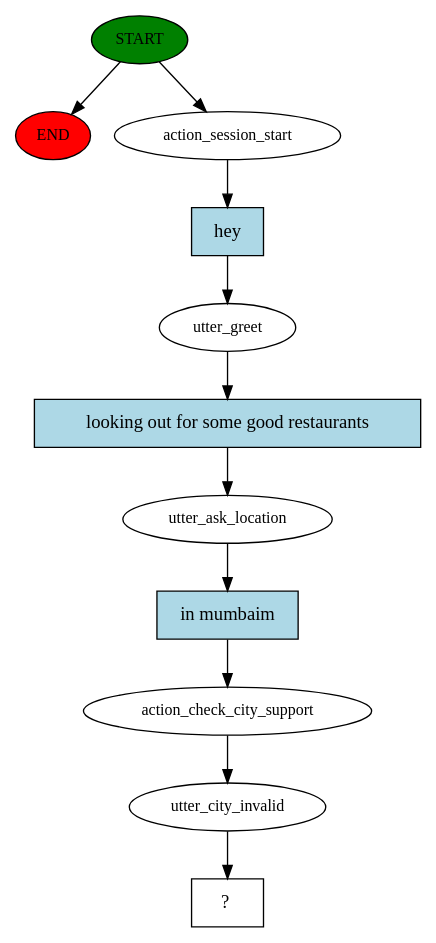
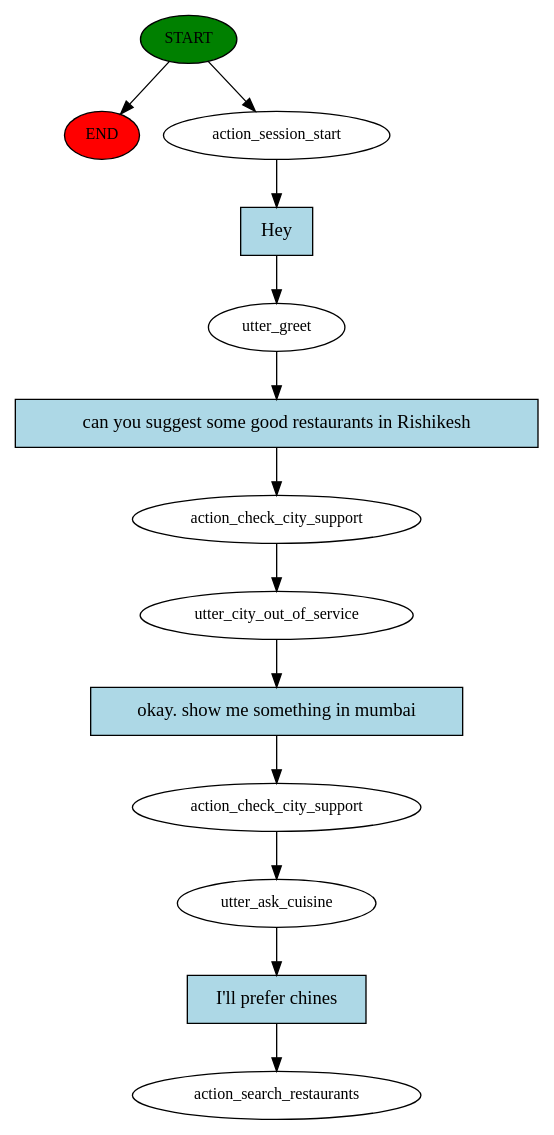
Before and after one commit to adi007me/rasa-chatbot: the diagram in story_graph.dot, drawn with Graphviz. The commit also changed 4 other files, not shown here.

```diff
--- a/story_graph.dot
+++ b/story_graph.dot
@@ -1,23 +1,27 @@
 digraph  {
 0 [class="start active", fillcolor=green, fontsize=12, label=START, style=filled];
 "-1" [class=end, fillcolor=red, fontsize=12, label=END, style=filled];
 1 [class=active, fontsize=12, label=action_session_start];
 2 [class=active, fontsize=12, label=utter_greet];
-3 [class=active, fontsize=12, label=utter_ask_location];
-4 [class=active, fontsize=12, label=action_check_city_support];
-5 [class=active, fontsize=12, label=utter_city_invalid];
-6 [class="intent dashed active", label="  ?  ", shape=rect];
-7 [class="intent active", fillcolor=lightblue, label=hey, shape=rect, style=filled];
-8 [class="intent active", fillcolor=lightblue, label="looking out for some good restaurants", shape=rect, style=filled];
-9 [class="intent active", fillcolor=lightblue, label="in mumbaim", shape=rect, style=filled];
+3 [class=active, fontsize=12, label=action_check_city_support];
+4 [class=active, fontsize=12, label=utter_city_out_of_service];
+5 [class=active, fontsize=12, label=action_check_city_support];
+6 [class=active, fontsize=12, label=utter_ask_cuisine];
+7 [class="dashed active", fontsize=12, label=action_search_restaurants];
+8 [class="intent active", fillcolor=lightblue, label=Hey, shape=rect, style=filled];
+9 [class="intent active", fillcolor=lightblue, label="can you suggest some good restaurants in Rishikesh", shape=rect, style=filled];
+10 [class="intent active", fillcolor=lightblue, label="okay. show me something in mumbai", shape=rect, style=filled];
+11 [class="intent active", fillcolor=lightblue, label="I'll prefer chines", shape=rect, style=filled];
 0 -> "-1"  [class="", key=NONE, label=""];
 0 -> 1  [class=active, key=NONE, label=""];
-1 -> 7  [class=active, key=0];
-2 -> 8  [class=active, key=0];
-3 -> 9  [class=active, key=0];
-4 -> 5  [class=active, key=NONE, label=""];
+1 -> 8  [class=active, key=0];
+2 -> 9  [class=active, key=0];
+3 -> 4  [class=active, key=NONE, label=""];
+4 -> 10  [class=active, key=0];
 5 -> 6  [class=active, key=NONE, label=""];
-7 -> 2  [class=active, key=0];
-8 -> 3  [class=active, key=0];
-9 -> 4  [class=active, key=0];
+6 -> 11  [class=active, key=0];
+8 -> 2  [class=active, key=0];
+9 -> 3  [class=active, key=0];
+10 -> 5  [class=active, key=0];
+11 -> 7  [class=active, key=0];
 }
```
